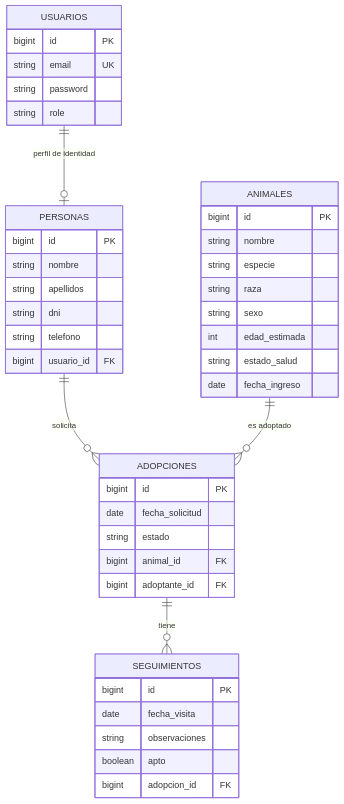
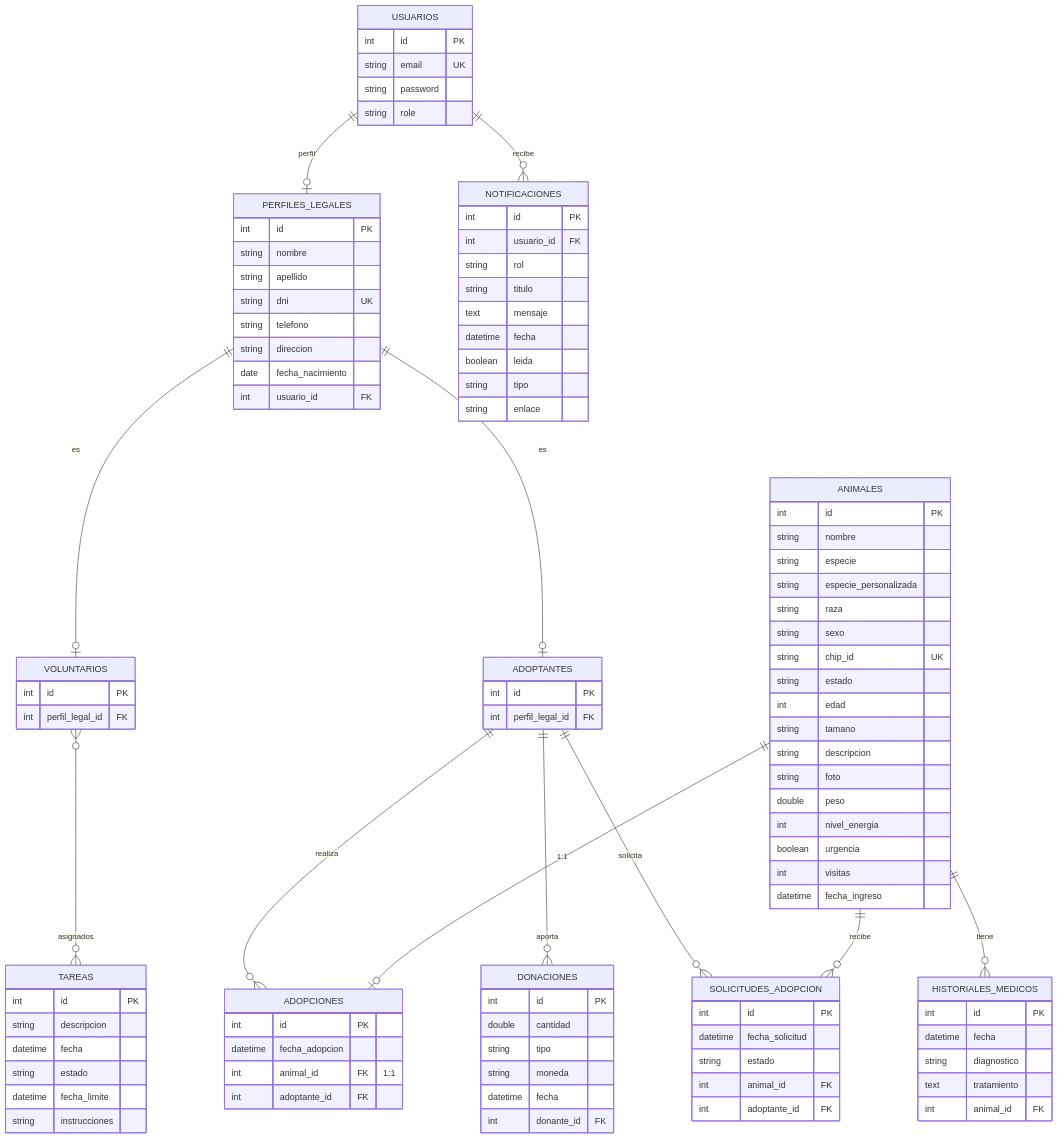
Before and after one commit to Elibo93/RefugioAnimales: the diagram in doc/db.md, drawn with Mermaid. The commit also changed other lines of this file and 5 other files, not shown here.

````diff
--- a/doc/db.md
+++ b/doc/db.md
@@ -33,52 +29,117 @@
 ```mermaid
 erDiagram
     USUARIOS {
-        bigint id PK
+        int id PK
         string email UK
         string password
         string role
     }
     
-    PERSONAS {
-        bigint id PK
+    PERFILES_LEGALES {
+        int id PK
         string nombre
-        string apellidos
-        string dni
+        string apellido
+        string dni UK
         string telefono
-        bigint usuario_id FK
+        string direccion
+        date fecha_nacimiento
+        int usuario_id FK
+    }
+
+    VOLUNTARIOS {
+        int id PK
+        int perfil_legal_id FK
+    }
+
+    ADOPTANTES {
+        int id PK
+        int perfil_legal_id FK
     }
 
     ANIMALES {
-        bigint id PK
+        int id PK
         string nombre
         string especie
+        string especie_personalizada
         string raza
         string sexo
-        int edad_estimada
-        string estado_salud
-        date fecha_ingreso
+        string chip_id UK
+        string estado
+        int edad
+        string tamano
+        string descripcion
+        string foto
+        double peso
+        int nivel_energia
+        boolean urgencia
+        int visitas
+        datetime fecha_ingreso
     }
 
     ADOPCIONES {
-        bigint id PK
-        date fecha_solicitud
-        string estado
-        bigint animal_id FK
-        bigint adoptante_id FK
+        int id PK
+        datetime fecha_adopcion
+        int animal_id FK "1:1"
+        int adoptante_id FK
     }
 
-    SEGUIMIENTOS {
-        bigint id PK
-        date fecha_visita
-        string observaciones
-        boolean apto
-        bigint adopcion_id FK
+    SOLICITUDES_ADOPCION {
+        int id PK
+        datetime fecha_solicitud
+        string estado
+        int animal_id FK
+        int adoptante_id FK
+    }
+
+    TAREAS {
+        int id PK
+        string descripcion
+        datetime fecha
+        string estado
+        datetime fecha_limite
+        string instrucciones
+    }
+
+    NOTIFICACIONES {
+        int id PK
+        int usuario_id FK
+        string rol
+        string titulo
+        text mensaje
+        datetime fecha
+        boolean leida
+        string tipo
+        string enlace
+    }
+
+    HISTORIALES_MEDICOS {
+        int id PK
+        datetime fecha
+        string diagnostico
+        text tratamiento
+        int animal_id FK
+    }
+
+    DONACIONES {
+        int id PK
+        double cantidad
+        string tipo
+        string moneda
+        datetime fecha
+        int donante_id FK
     }
 
     %% Relaciones
-    USUARIOS ||--o| PERSONAS : "perfil de identidad"
-    PERSONAS ||--o{ ADOPCIONES : "solicita"
-    ANIMALES ||--o{ ADOPCIONES : "es adoptado"
-    ADOPCIONES ||--o{ SEGUIMIENTOS : "tiene"
+    USUARIOS ||--o| PERFILES_LEGALES : "perfil"
+    PERFILES_LEGALES ||--o| VOLUNTARIOS : "es"
+    PERFILES_LEGALES ||--o| ADOPTANTES : "es"
+    ANIMALES ||--o| ADOPCIONES : "1:1"
+    ADOPTANTES ||--o{ ADOPCIONES : "realiza"
+    ANIMALES ||--o{ SOLICITUDES_ADOPCION : "recibe"
+    ADOPTANTES ||--o{ SOLICITUDES_ADOPCION : "solicita"
+    ANIMALES ||--o{ HISTORIALES_MEDICOS : "tiene"
+    VOLUNTARIOS }o--o{ TAREAS : "asignados"
+    USUARIOS ||--o{ NOTIFICACIONES : "recibe"
+    ADOPTANTES ||--o{ DONACIONES : "aporta"
 
 ```
````
